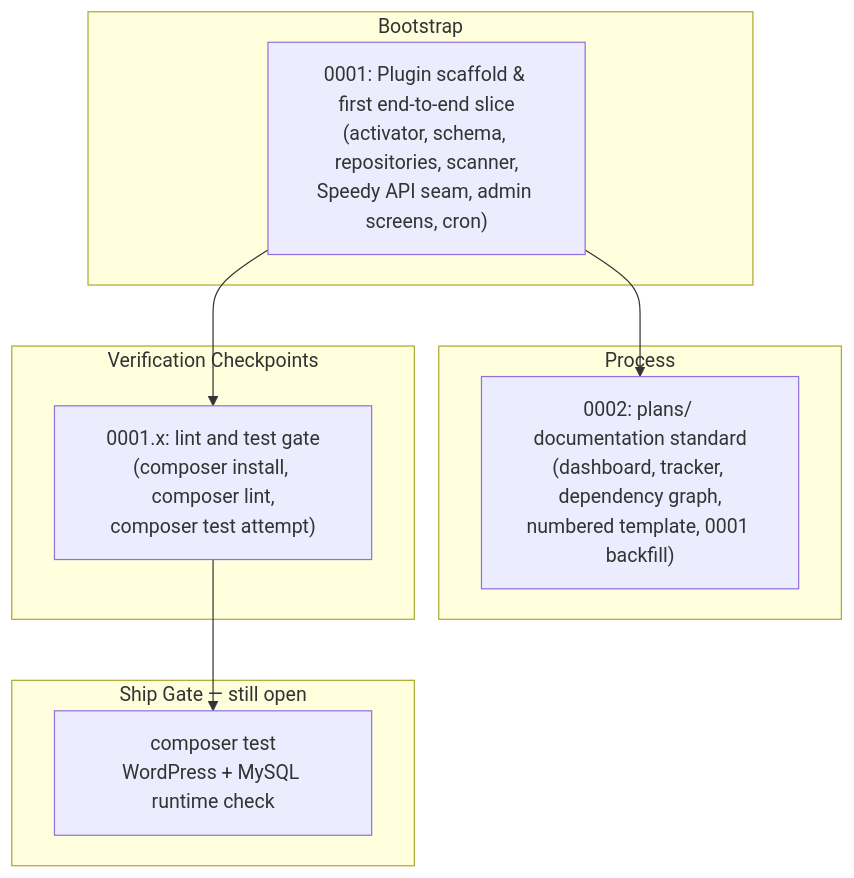
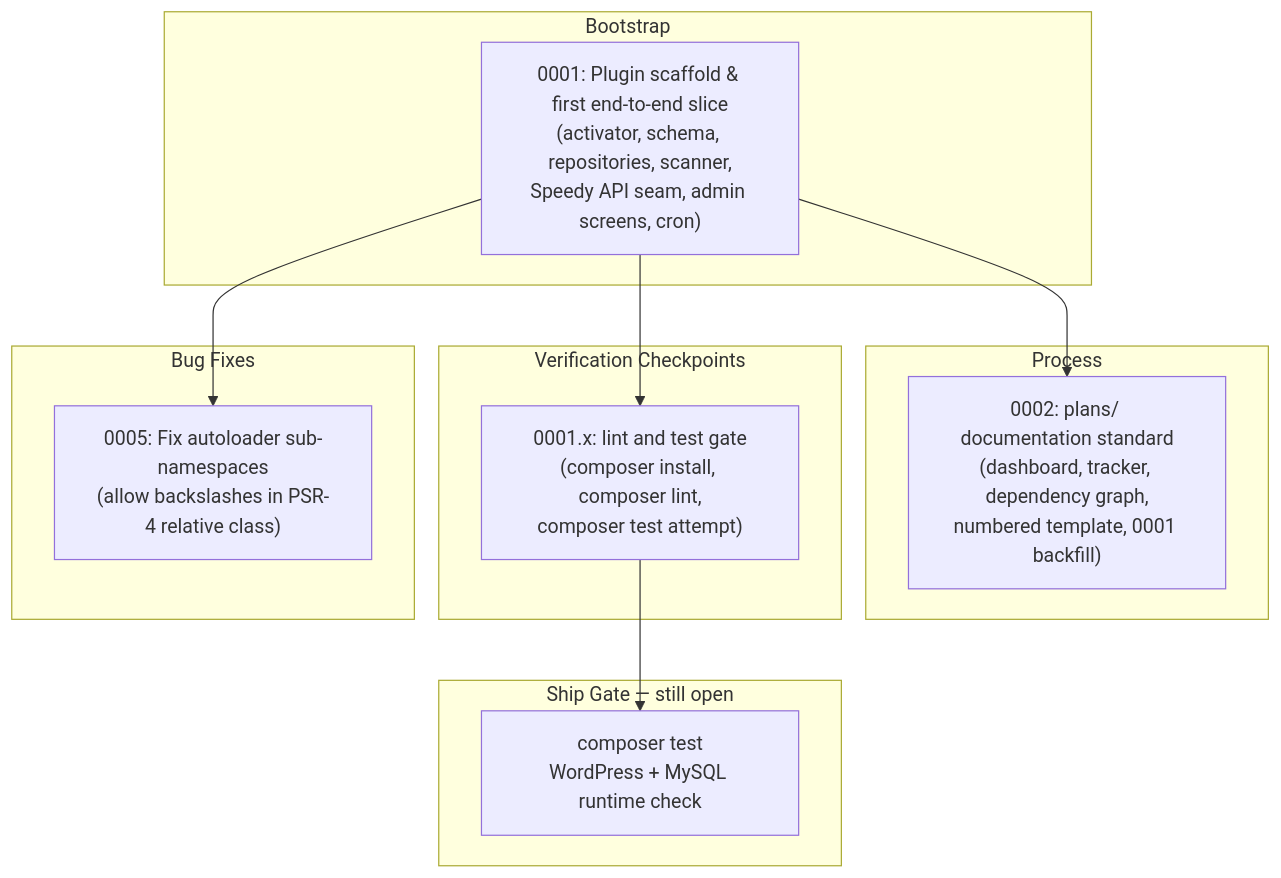
The diagram in plans/README.md (VictorBravo9er/wp-plugin-speedy-sensor), drawn with Mermaid before and after one commit. The commit also changed other lines of this file and 2 other files, not shown here.

Commit message:
fix(autoloader): allow sub-namespaces to resolve during activation

````diff
--- a/plans/README.md
+++ b/plans/README.md
@@ -24,22 +24,27 @@
 ```mermaid
 flowchart TD
     subgraph Bootstrap["Bootstrap"]
         P01["0001: Plugin scaffold &amp; first end-to-end slice<br/>(activator, schema, repositories, scanner,<br/>Speedy API seam, admin screens, cron)"]
     end
 
     subgraph Process["Process"]
         P02["0002: plans/ documentation standard<br/>(dashboard, tracker, dependency graph,<br/>numbered template, 0001 backfill)"]
     end
 
     subgraph Checkpoints["Verification Checkpoints"]
         P01X["0001.x: lint and test gate<br/>(composer install, composer lint,<br/>composer test attempt)"]
     end
 
+    subgraph BugFixes["Bug Fixes"]
+        P05["0005: Fix autoloader sub-namespaces<br/>(allow backslashes in PSR-4 relative class)"]
+    end
+
     subgraph Gate["Ship Gate — still open"]
         G01["composer test<br/>WordPress + MySQL runtime check"]
     end
 
     P01 --> P02
     P01 --> P01X
     P01X --> G01
+    P01 --> P05
 ```
````
